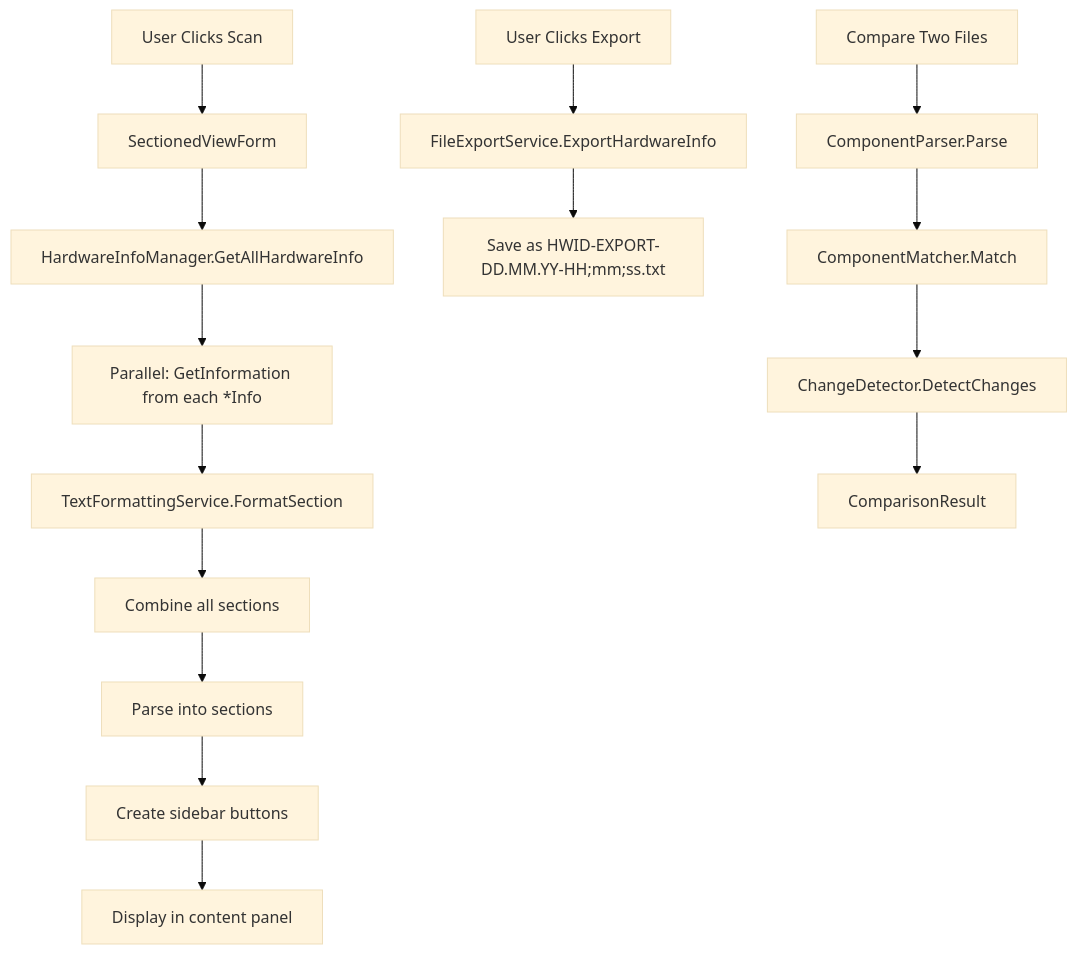
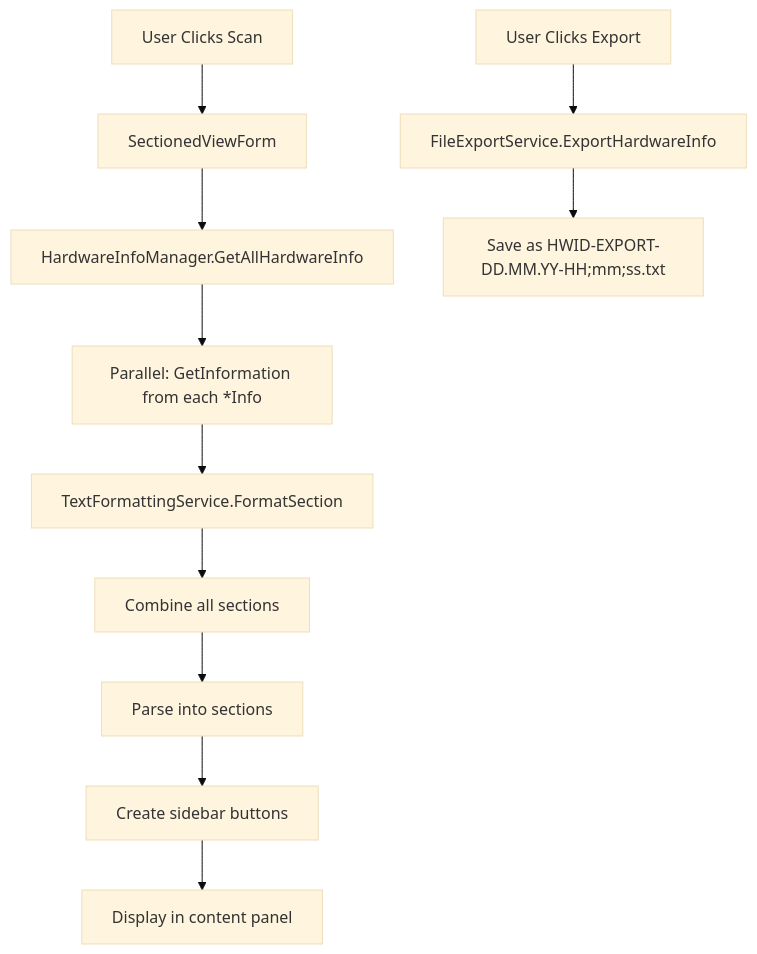
One commit to Fundryi/HWID-Privacy changed the diagram in HWID-Checkers/Software-Project/AI-README.md. Above: the diagram before and after it, drawn with Mermaid (base theme). The commit also changed other lines of this file and 13 other files, not shown here.

Commit message:
feat: Remove comparison system architecture and related services

````diff
--- a/HWID-Checkers/Software-Project/AI-README.md
+++ b/HWID-Checkers/Software-Project/AI-README.md
@@ -294,19 +224,14 @@
 ```mermaid
 graph TD
     A[User Clicks Scan] --> B[SectionedViewForm]
     B --> C[HardwareInfoManager.GetAllHardwareInfo]
     C --> D[Parallel: GetInformation from each *Info]
     D --> E[TextFormattingService.FormatSection]
     E --> F[Combine all sections]
     F --> G[Parse into sections]
     G --> H[Create sidebar buttons]
     H --> I[Display in content panel]
     
     J[User Clicks Export] --> K[FileExportService.ExportHardwareInfo]
     K --> L[Save as HWID-EXPORT-DD.MM.YY-HH;mm;ss.txt]
-    
-    M[Compare Two Files] --> N[ComponentParser.Parse]
-    N --> O[ComponentMatcher.Match]
-    O --> P[ChangeDetector.DetectChanges]
-    P --> Q[ComparisonResult]
 ```
````
